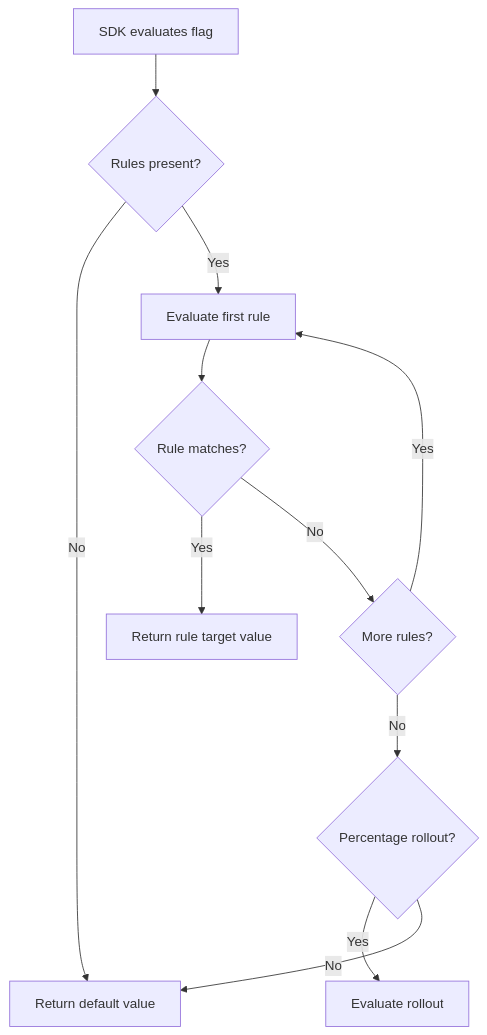
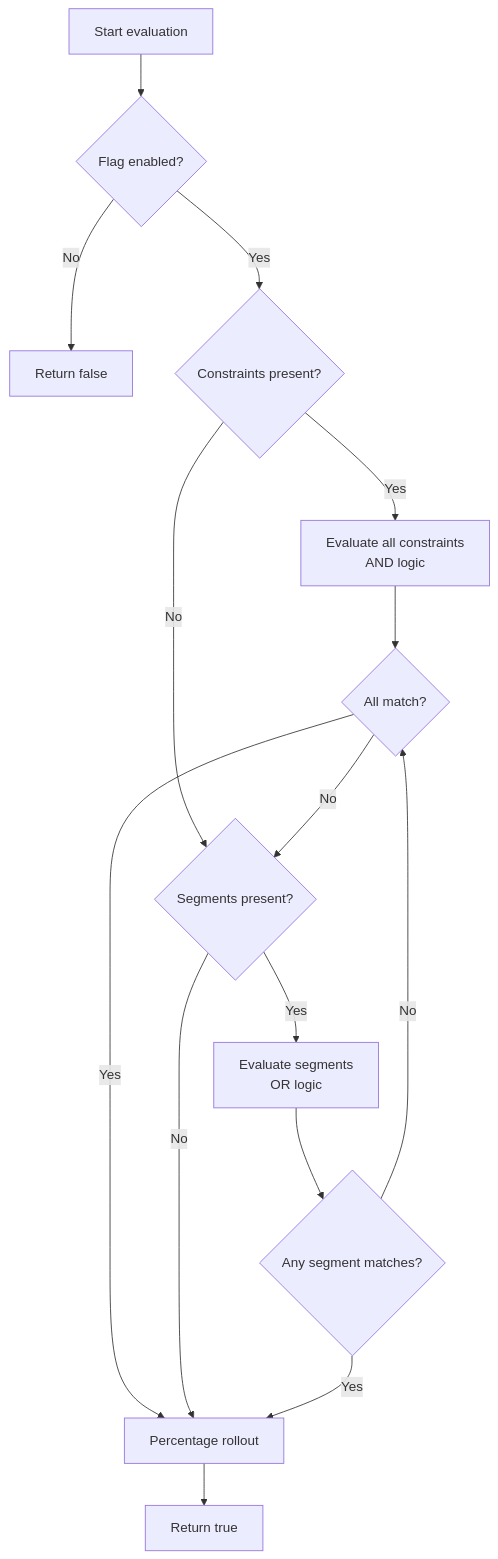
Before and after one commit to edgar-dev20/mozhno: the diagram in docs/en/guide/targeting.md, drawn with Mermaid. The commit also changed other lines of this file and 67 other files, not shown here.

````diff
--- a/docs/en/guide/targeting.md
+++ b/docs/en/guide/targeting.md
@@ -9,13 +16,17 @@
 ```mermaid
 flowchart TD
-    A[SDK evaluates flag] --> B{Rules present?}
-    B -->|No| C[Return default value]
-    B -->|Yes| D[Evaluate first rule]
-    D --> E{Rule matches?}
-    E -->|Yes| F[Return rule target value]
-    E -->|No| G{More rules?}
-    G -->|Yes| D
-    G -->|No| H{Percentage rollout?}
-    H -->|Yes| I[Evaluate rollout]
-    H -->|No| C
+    Start[Start evaluation] --> CheckEnabled{Flag enabled?}
+    CheckEnabled -->|No| ReturnFalse[Return false]
+    CheckEnabled -->|Yes| HasConstraints{Constraints present?}
+    HasConstraints -->|Yes| EvalConstraints[Evaluate all constraints<br/>AND logic]
+    HasConstraints -->|No| HasSegments{Segments present?}
+    EvalConstraints --> ConstraintsOk{All match?}
+    ConstraintsOk -->|No| HasSegments
+    ConstraintsOk -->|Yes| Rollout[Percentage rollout]
+    HasSegments -->|Yes| EvalSegments[Evaluate segments<br/>OR logic]
+    HasSegments -->|No| Rollout
+    EvalSegments --> SegmentsOk{Any segment matches?}
+    SegmentsOk -->|No| ConstraintsOk
+    SegmentsOk -->|Yes| Rollout
+    Rollout --> ReturnTrue[Return true]
 ```
````
